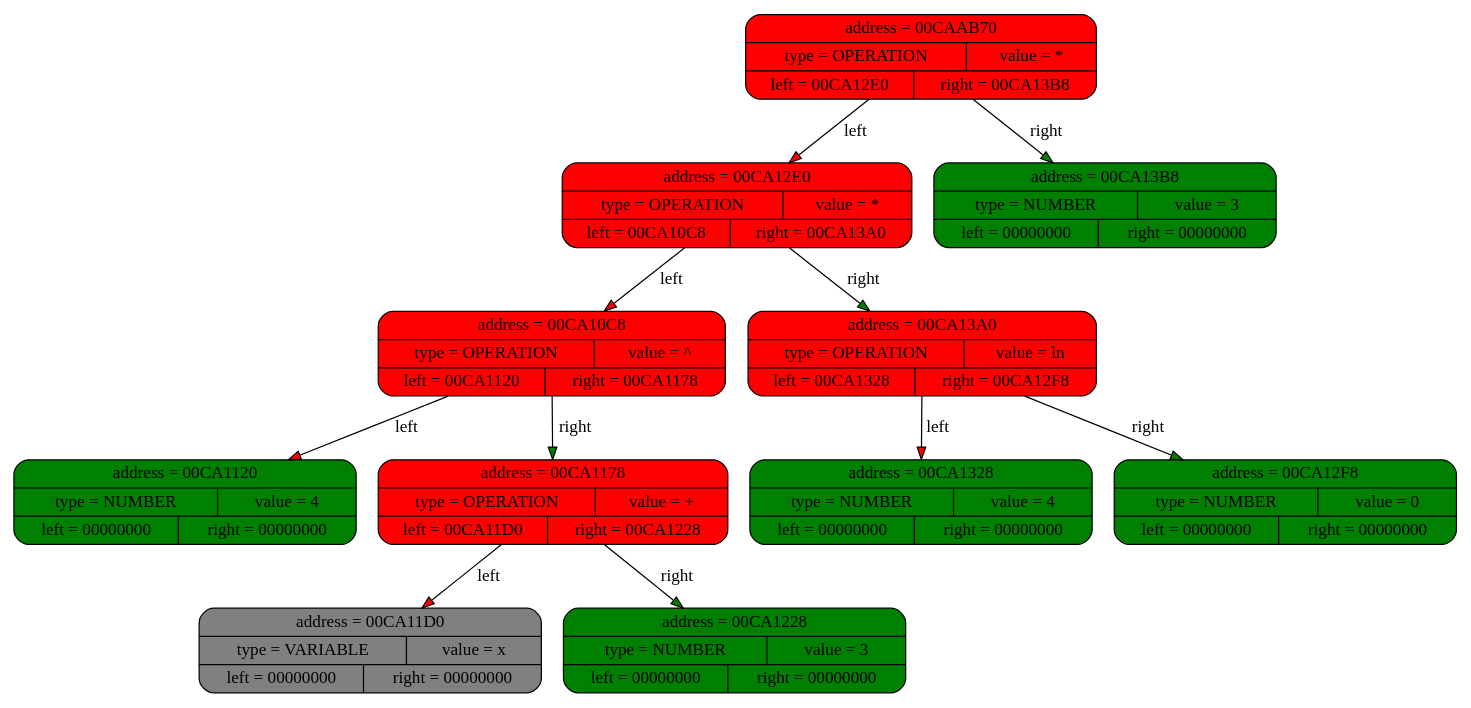
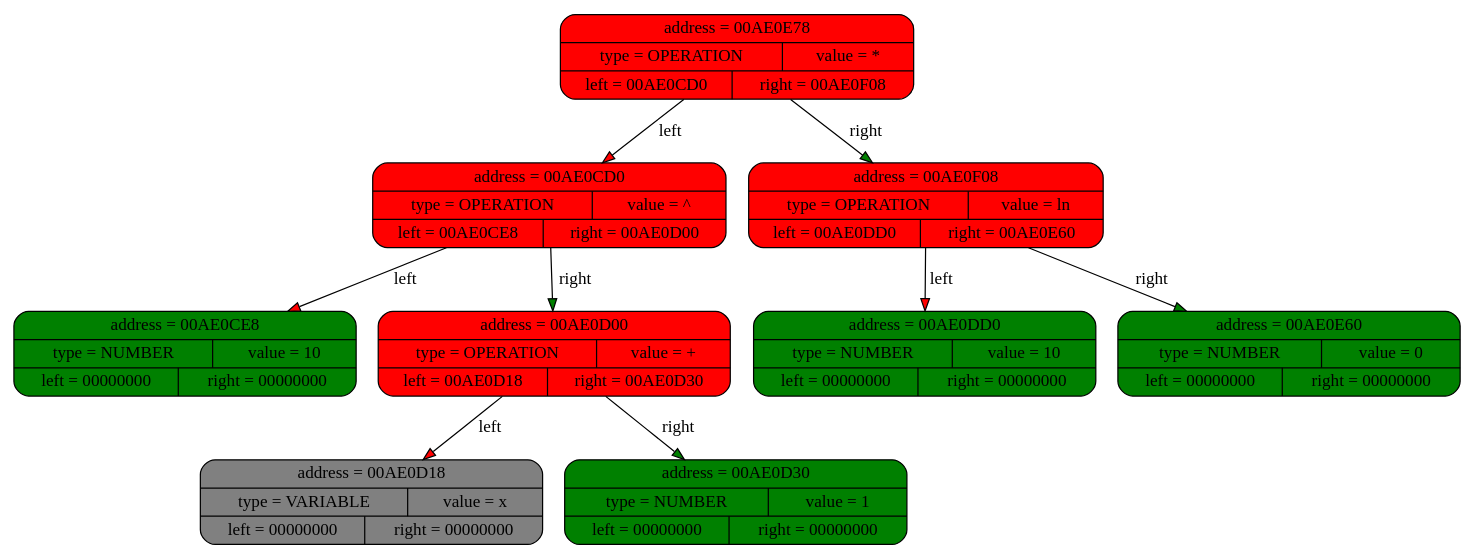
The diagram in Dump.dot (Ilsaf132/differentiator), drawn with Graphviz before and after one commit. The commit also changed 29 other files, not shown here.

```diff
--- a/Dump.dot
+++ b/Dump.dot
@@ -1,23 +1,19 @@
 digraph tree {
-    "00CAAB70" [shape = Mrecord, style = "filled", label = " { address = 00CAAB70 | { type = OPERATION | value = * } | { left = 00CA12E0 | right = 00CA13B8 } } ", fillcolor = "red"]
-    "00CA12E0" [shape = Mrecord, style = "filled", label = " { address = 00CA12E0 | { type = OPERATION | value = * } | { left = 00CA10C8 | right = 00CA13A0 } } ", fillcolor = "red"]
-    "00CA10C8" [shape = Mrecord, style = "filled", label = " { address = 00CA10C8 | { type = OPERATION | value = ^ } | { left = 00CA1120 | right = 00CA1178 } } ", fillcolor = "red"]
-    "00CA1120" [shape = Mrecord, style = "filled", label = " { address = 00CA1120 | { type = NUMBER | value = 4 } | { left = 00000000 | right = 00000000 } } ", fillcolor = "green"]
-    "00CA1178" [shape = Mrecord, style = "filled", label = " { address = 00CA1178 | { type = OPERATION | value = + } | { left = 00CA11D0 | right = 00CA1228 } } ", fillcolor = "red"]
-    "00CA11D0" [shape = Mrecord, style = "filled", label = " { address = 00CA11D0 | { type = VARIABLE | value = x } | { left = 00000000 | right = 00000000 } } ", fillcolor = "grey"]
-    "00CA1228" [shape = Mrecord, style = "filled", label = " { address = 00CA1228 | { type = NUMBER | value = 3 } | { left = 00000000 | right = 00000000 } } ", fillcolor = "green"]
-    "00CA13A0" [shape = Mrecord, style = "filled", label = " { address = 00CA13A0 | { type = OPERATION | value = ln } | { left = 00CA1328 | right = 00CA12F8 } } ", fillcolor = "red"]
-    "00CA1328" [shape = Mrecord, style = "filled", label = " { address = 00CA1328 | { type = NUMBER | value = 4 } | { left = 00000000 | right = 00000000 } } ", fillcolor = "green"]
-    "00CA12F8" [shape = Mrecord, style = "filled", label = " { address = 00CA12F8 | { type = NUMBER | value = 0 } | { left = 00000000 | right = 00000000 } } ", fillcolor = "green"]
-    "00CA13B8" [shape = Mrecord, style = "filled", label = " { address = 00CA13B8 | { type = NUMBER | value = 3 } | { left = 00000000 | right = 00000000 } } ", fillcolor = "green"]
-    "00CAAB70" -> "00CA12E0"[label = "left", fillcolor = "red"]
-    "00CAAB70" -> "00CA13B8"[label = "right", fillcolor = "green"]
-    "00CA12E0" -> "00CA10C8"[label = "left", fillcolor = "red"]
-    "00CA12E0" -> "00CA13A0"[label = "right", fillcolor = "green"]
-    "00CA10C8" -> "00CA1120"[label = "left", fillcolor = "red"]
-    "00CA10C8" -> "00CA1178"[label = "right", fillcolor = "green"]
-    "00CA1178" -> "00CA11D0"[label = "left", fillcolor = "red"]
-    "00CA1178" -> "00CA1228"[label = "right", fillcolor = "green"]
-    "00CA13A0" -> "00CA1328"[label = "left", fillcolor = "red"]
-    "00CA13A0" -> "00CA12F8"[label = "right", fillcolor = "green"]
+    "00AE0E78" [shape = Mrecord, style = "filled", label = " { address = 00AE0E78 | { type = OPERATION | value = * } | { left = 00AE0CD0 | right = 00AE0F08 } } ", fillcolor = "red"]
+    "00AE0CD0" [shape = Mrecord, style = "filled", label = " { address = 00AE0CD0 | { type = OPERATION | value = ^ } | { left = 00AE0CE8 | right = 00AE0D00 } } ", fillcolor = "red"]
+    "00AE0CE8" [shape = Mrecord, style = "filled", label = " { address = 00AE0CE8 | { type = NUMBER | value = 10 } | { left = 00000000 | right = 00000000 } } ", fillcolor = "green"]
+    "00AE0D00" [shape = Mrecord, style = "filled", label = " { address = 00AE0D00 | { type = OPERATION | value = + } | { left = 00AE0D18 | right = 00AE0D30 } } ", fillcolor = "red"]
+    "00AE0D18" [shape = Mrecord, style = "filled", label = " { address = 00AE0D18 | { type = VARIABLE | value = x } | { left = 00000000 | right = 00000000 } } ", fillcolor = "grey"]
+    "00AE0D30" [shape = Mrecord, style = "filled", label = " { address = 00AE0D30 | { type = NUMBER | value = 1 } | { left = 00000000 | right = 00000000 } } ", fillcolor = "green"]
+    "00AE0F08" [shape = Mrecord, style = "filled", label = " { address = 00AE0F08 | { type = OPERATION | value = ln } | { left = 00AE0DD0 | right = 00AE0E60 } } ", fillcolor = "red"]
+    "00AE0DD0" [shape = Mrecord, style = "filled", label = " { address = 00AE0DD0 | { type = NUMBER | value = 10 } | { left = 00000000 | right = 00000000 } } ", fillcolor = "green"]
+    "00AE0E60" [shape = Mrecord, style = "filled", label = " { address = 00AE0E60 | { type = NUMBER | value = 0 } | { left = 00000000 | right = 00000000 } } ", fillcolor = "green"]
+    "00AE0E78" -> "00AE0CD0"[label = "left", fillcolor = "red"]
+    "00AE0E78" -> "00AE0F08"[label = "right", fillcolor = "green"]
+    "00AE0CD0" -> "00AE0CE8"[label = "left", fillcolor = "red"]
+    "00AE0CD0" -> "00AE0D00"[label = "right", fillcolor = "green"]
+    "00AE0D00" -> "00AE0D18"[label = "left", fillcolor = "red"]
+    "00AE0D00" -> "00AE0D30"[label = "right", fillcolor = "green"]
+    "00AE0F08" -> "00AE0DD0"[label = "left", fillcolor = "red"]
+    "00AE0F08" -> "00AE0E60"[label = "right", fillcolor = "green"]
 }
```
